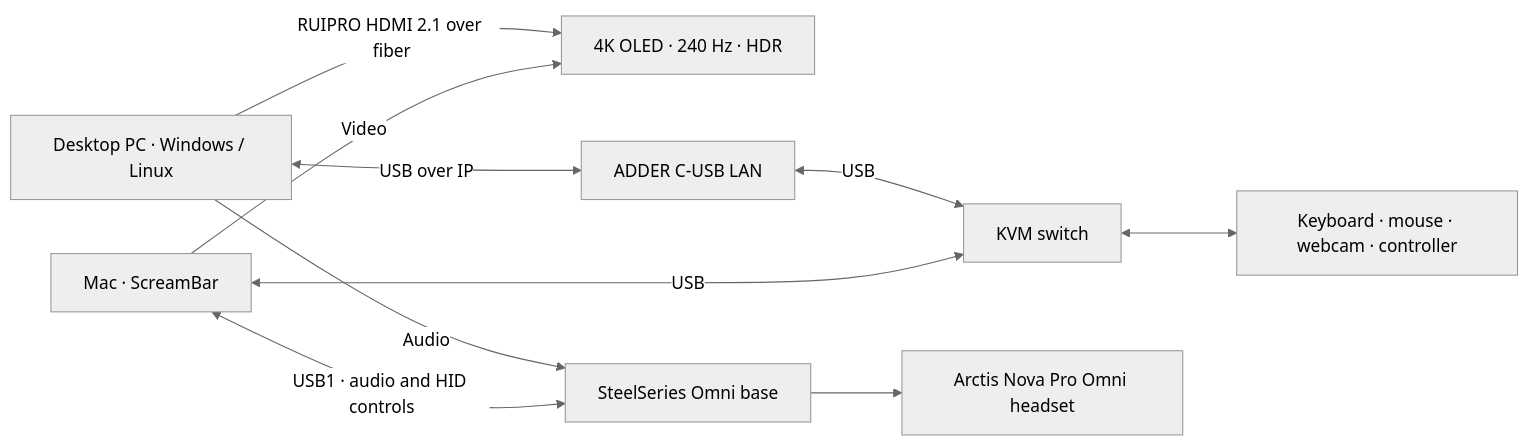
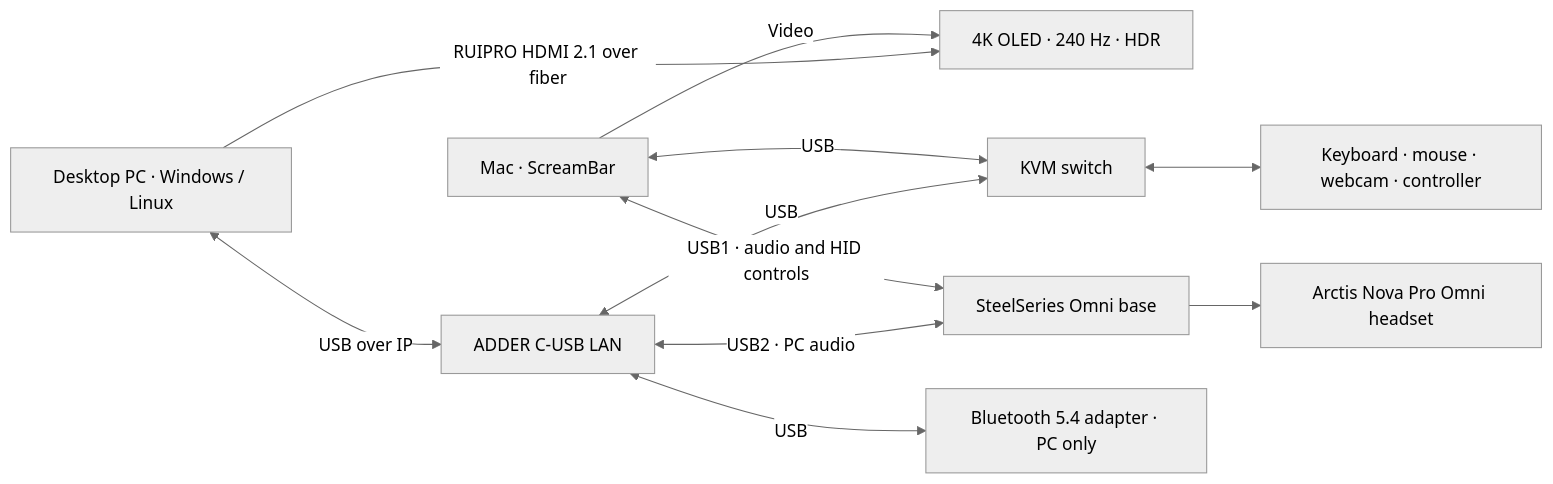
The diagram in README.md (aerodomigue/scream-macos), drawn with Mermaid (neutral theme) before and after one commit. The commit also changed other lines of this file, not shown here.

Commit message:
docs: correct ADDER peripheral connections

````diff
--- a/README.md
+++ b/README.md
@@ -60,12 +61,13 @@
 ```mermaid
 flowchart LR
     PC["Desktop PC · Windows / Linux"] -->|"RUIPRO HDMI 2.1 over fiber"| Screen["4K OLED · 240 Hz · HDR"]
     Mac["Mac · ScreamBar"] -->|"Video"| Screen
     PC <-->|"USB over IP"| Adder["ADDER C-USB LAN"]
     Adder <-->|"USB"| KVM["KVM switch"]
     Mac <-->|"USB"| KVM
     KVM <--> Peripherals["Keyboard · mouse · webcam · controller"]
-    PC -->|"Audio"| Base["SteelSeries Omni base"]
+    Adder <-->|"USB2 · PC audio"| Base["SteelSeries Omni base"]
+    Adder <-->|"USB"| Bluetooth["Bluetooth 5.4 adapter · PC only"]
     Mac <-->|"USB1 · audio and HID controls"| Base
     Base --> Headset["Arctis Nova Pro Omni headset"]
 ```
````
